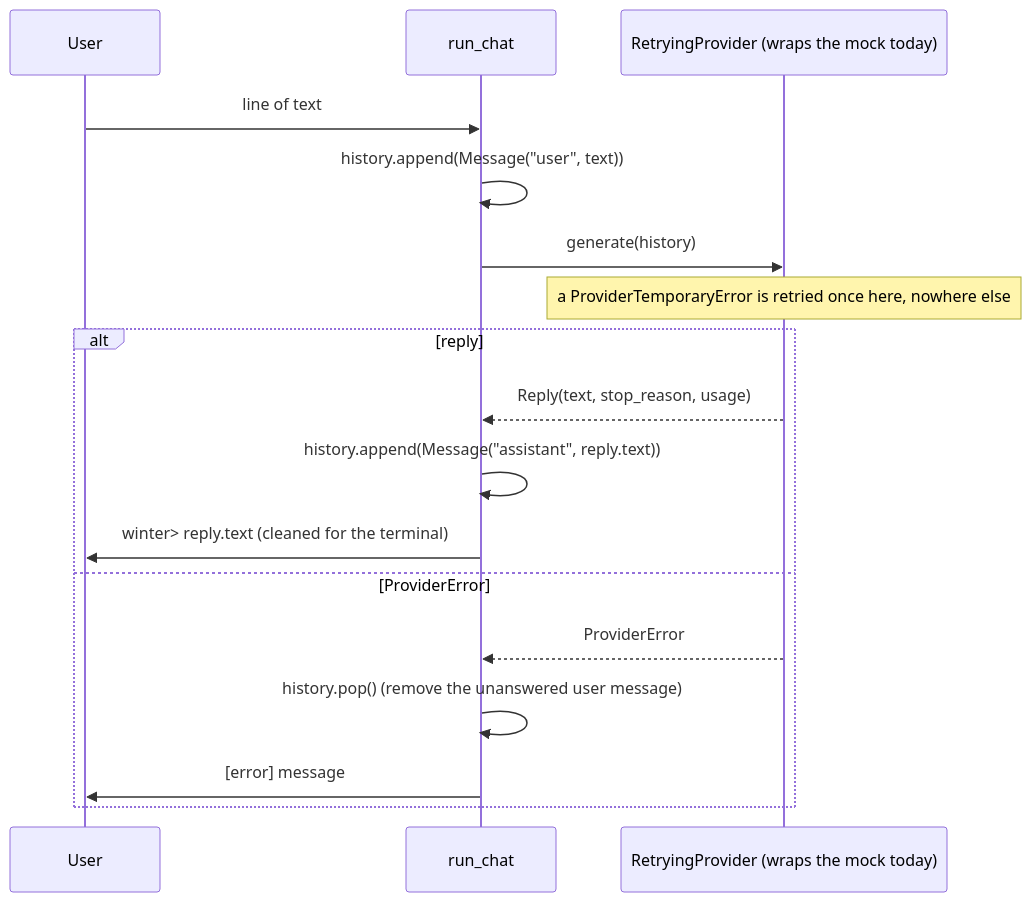
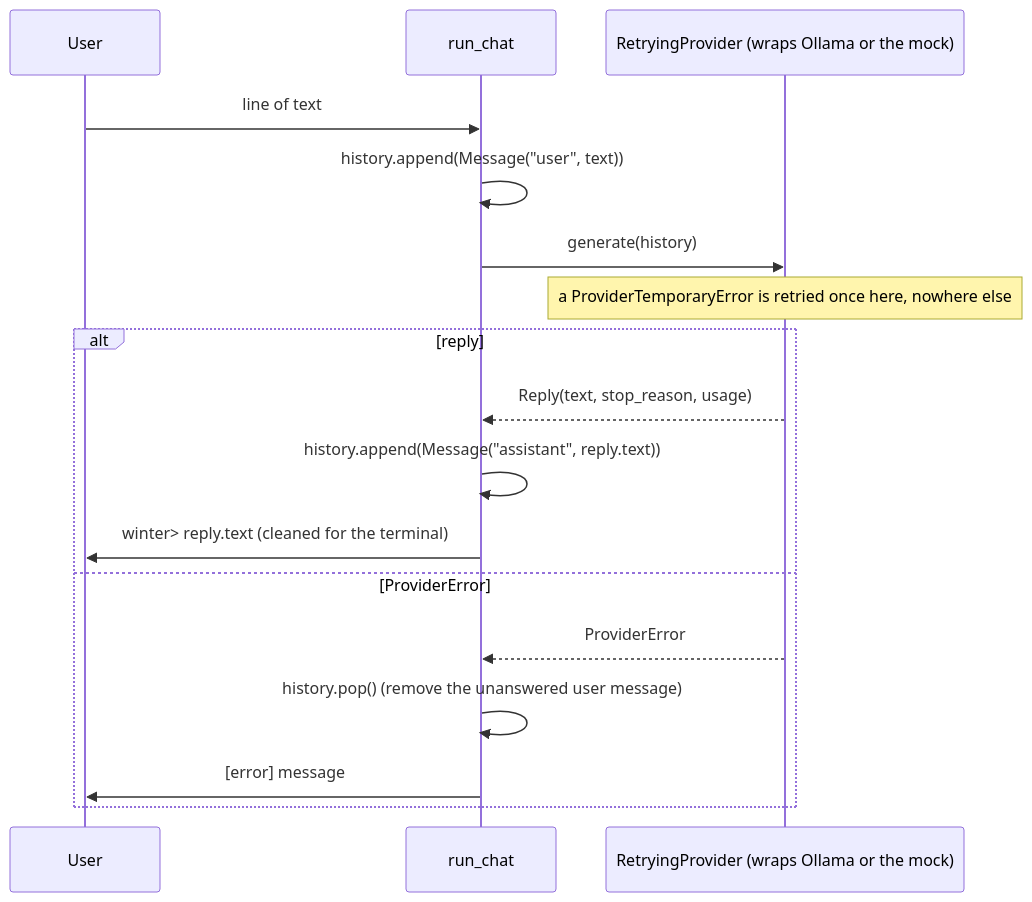
The diagram in docs/design/diagrams/request-flow.md (Sridhar10stlg/W.I.N.T.E.R), drawn with Mermaid before and after one commit. The commit also changed 7 other files, not shown here.

Commit message:
docs: update README, diagrams and ADR status notes after Block 3

````diff
--- a/docs/design/diagrams/request-flow.md
+++ b/docs/design/diagrams/request-flow.md
@@ -19,19 +19,19 @@
 ```mermaid
 sequenceDiagram
     participant U as User
     participant C as run_chat
-    participant P as RetryingProvider (wraps the mock today)
+    participant P as RetryingProvider (wraps Ollama or the mock)
     U->>C: line of text
     C->>C: history.append(Message("user", text))
     C->>P: generate(history)
     Note over P: a ProviderTemporaryError is retried once here, nowhere else
     alt reply
         P-->>C: Reply(text, stop_reason, usage)
         C->>C: history.append(Message("assistant", reply.text))
         C->>U: winter> reply.text (cleaned for the terminal)
     else ProviderError
         P-->>C: ProviderError
         C->>C: history.pop() (remove the unanswered user message)
         C->>U: [error] message
     end
 ```
````
